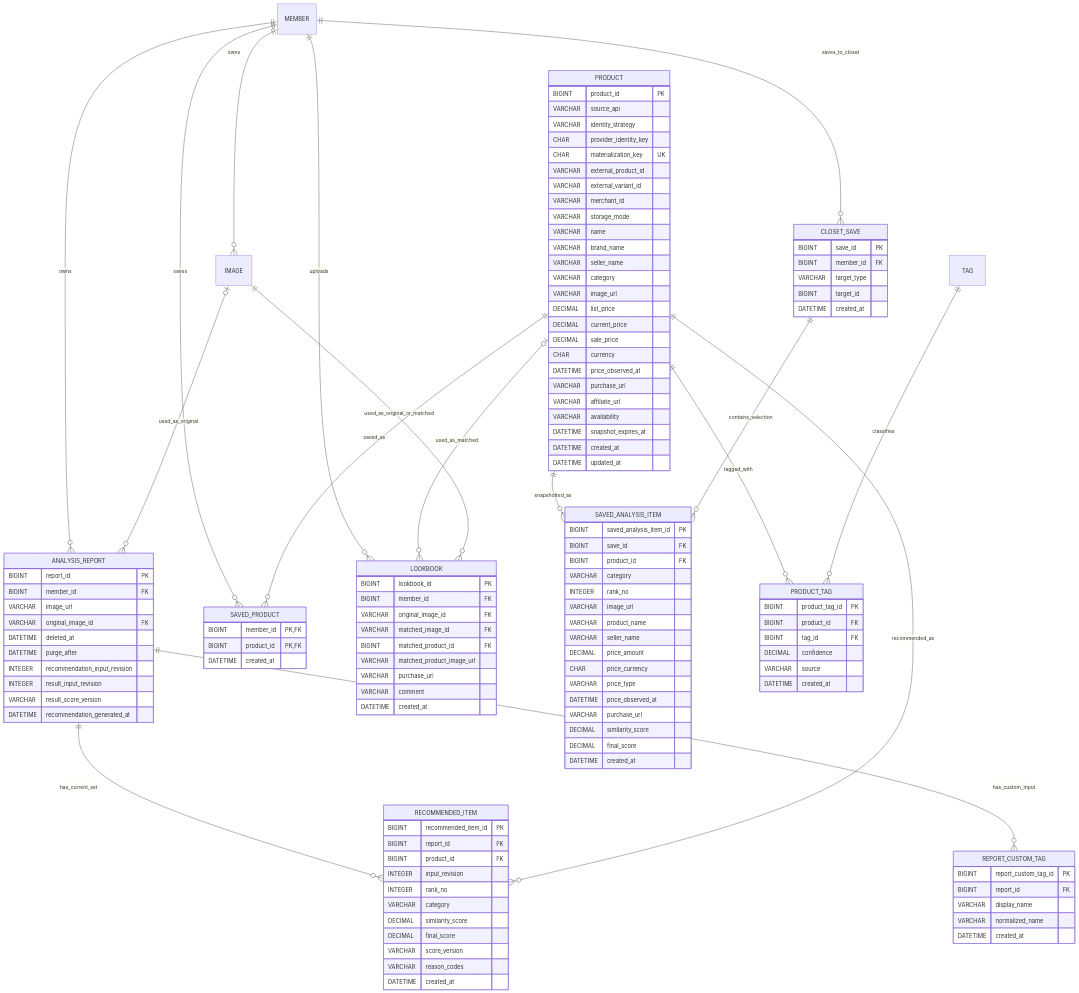
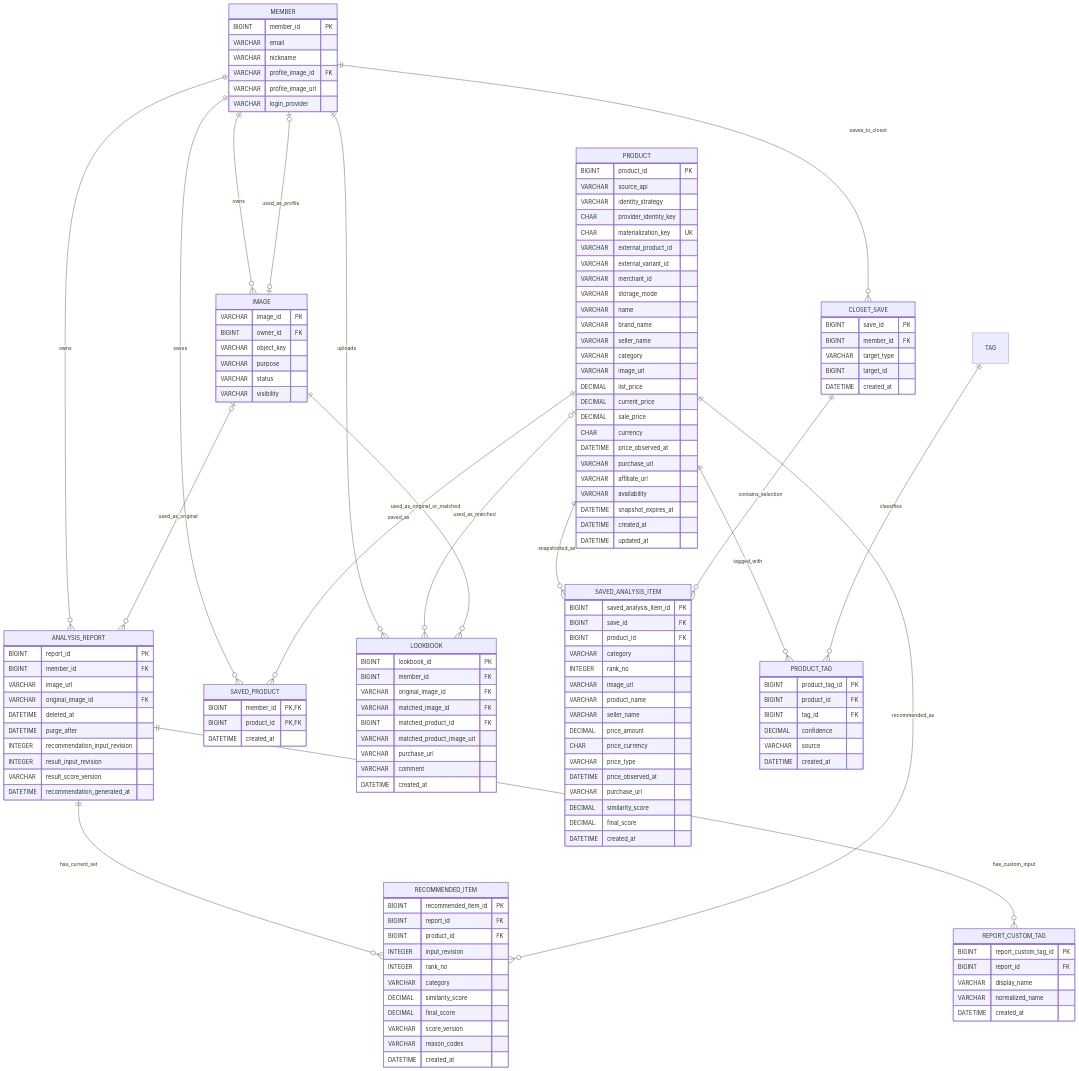
Before and after one commit to FIT-BACK/backend: the diagram in docs/ERD.md, drawn with Mermaid. The commit also changed other lines of this file and 1 other file, not shown here.

Commit message:
docs: 프로필 이미지 저장 정책 수정

```diff
--- a/docs/ERD.md
+++ b/docs/ERD.md
@@ -114,6 +114,7 @@
     MEMBER ||--o{ CLOSET_SAVE : saves_to_closet
     MEMBER ||--o{ LOOKBOOK : uploads
     MEMBER ||--o{ IMAGE : owns
+    IMAGE o|--o| MEMBER : used_as_profile
     ANALYSIS_REPORT ||--o{ RECOMMENDED_ITEM : has_current_set
     ANALYSIS_REPORT ||--o{ REPORT_CUSTOM_TAG : has_custom_input
     IMAGE o|--o{ ANALYSIS_REPORT : used_as_original
@@ -125,6 +126,24 @@
     IMAGE ||--o{ LOOKBOOK : used_as_original_or_matched
     PRODUCT ||--o{ PRODUCT_TAG : tagged_with
     TAG ||--o{ PRODUCT_TAG : classifies
+
+    MEMBER {
+        BIGINT member_id PK
+        VARCHAR email
+        VARCHAR nickname
+        VARCHAR profile_image_id FK
+        VARCHAR profile_image_url
+        VARCHAR login_provider
+    }
+
+    IMAGE {
+        VARCHAR image_id PK
+        BIGINT owner_id FK
+        VARCHAR object_key
+        VARCHAR purpose
+        VARCHAR status
+        VARCHAR visibility
+    }
 
     ANALYSIS_REPORT {
         BIGINT report_id PK
```
